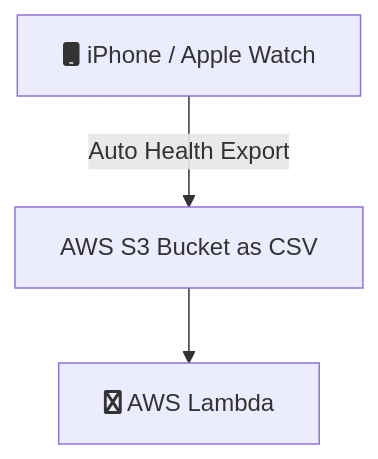
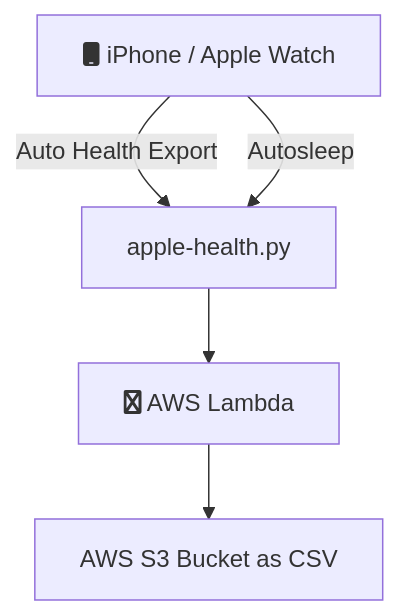
Before and after one commit to namtonthat/apple-health-data: the diagram in README.md, drawn with Mermaid.

````diff
--- a/README.md
+++ b/README.md
@@ -4,5 +4,7 @@
 ```mermaid
 graph TD
-    A[fa:fa-mobile iPhone / Apple Watch] -->|Auto Health Export| B[AWS S3 Bucket as CSV]
-    B --> C[fa:fa-aws AWS Lambda]
+    A[fa:fa-mobile iPhone / Apple Watch] -->|Auto Health Export|B
+    A[fa:fa-mobile iPhone / Apple Watch] -->|Autosleep|B
+    B[apple-health.py] --> C[fa:fa-aws AWS Lambda]
+    C --> D[AWS S3 Bucket as CSV]
 ```
````
